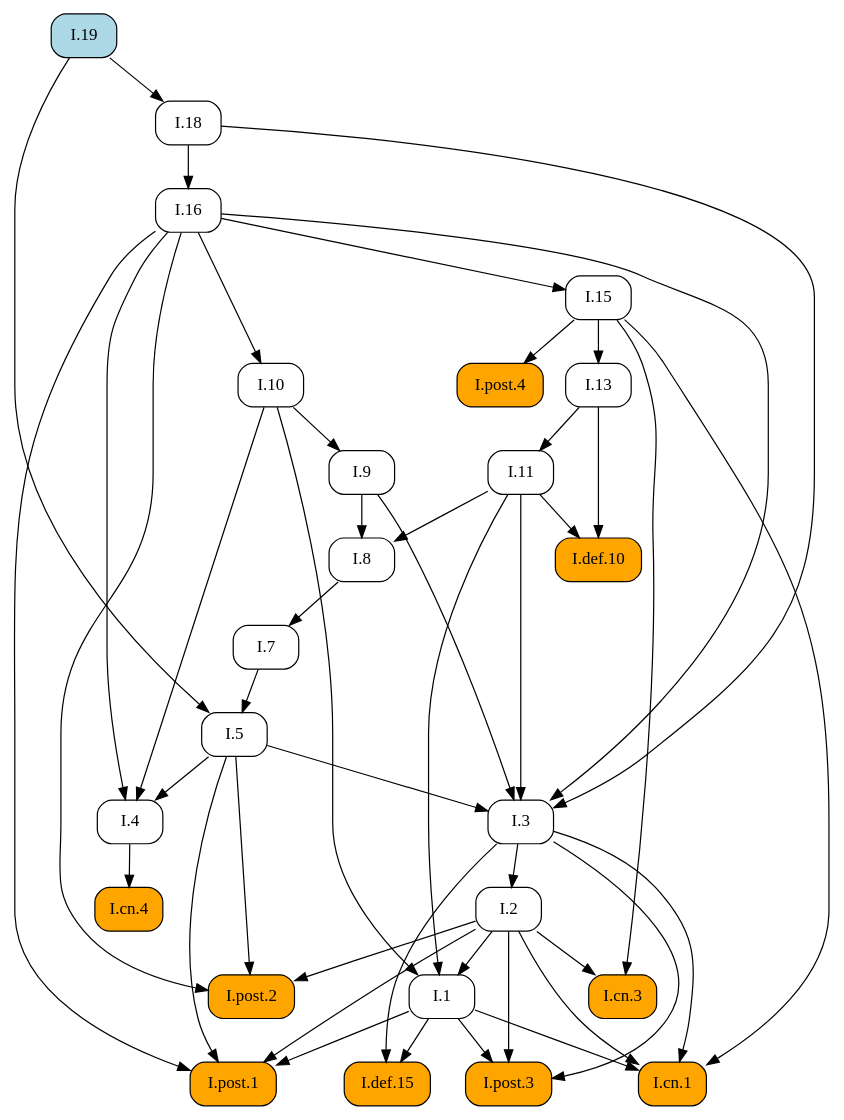
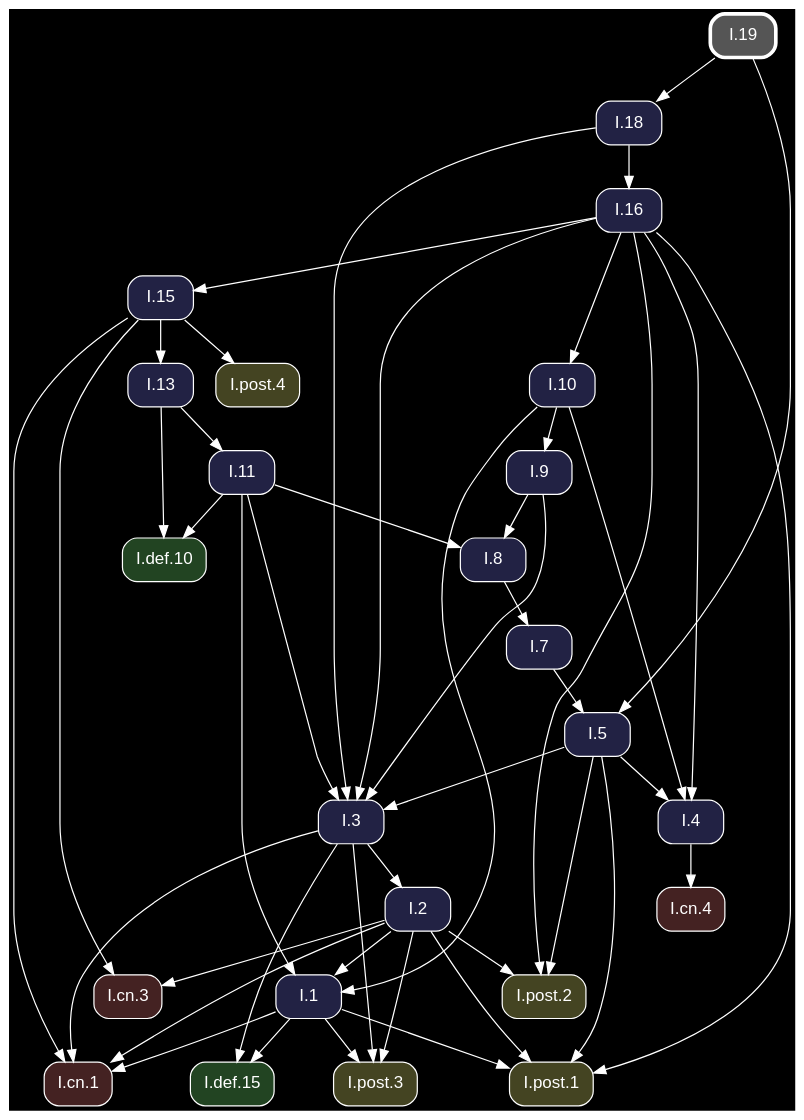
Before and after one commit to geometor/elements: the diagram in docsrc/heath/I/19/index.rst, drawn with Graphviz. The commit also changed other lines of this file and 1200 other files, not shown here.

Commit message:
update dependency graphs

```diff
--- a/docsrc/heath/I/19/index.rst
+++ b/docsrc/heath/I/19/index.rst
@@ -44,76 +44,78 @@
 .. graphviz::
 
    digraph {
+     bgcolor="black";
+     node [shape=box, style="rounded,filled", fontname="Helvetica", color="white", fontcolor="white"];
+     edge [color="white", fontcolor="white"];
      rankdir="TB";
-     node [shape=box, style=rounded];
-     "I.9" [URL="/heath/I/9/", target="_top"];
-     "I.cn.1" [style="rounded,filled", fillcolor=orange, URL="/heath/I/cn.1/", target="_top"];
-     "I.7" [URL="/heath/I/7/", target="_top"];
-     "I.2" [URL="/heath/I/2/", target="_top"];
-     "I.def.15" [style="rounded,filled", fillcolor=orange, URL="/heath/I/def.15/", target="_top"];
-     "I.13" [URL="/heath/I/13/", target="_top"];
-     "I.post.4" [style="rounded,filled", fillcolor=orange, URL="/heath/I/post.4/", target="_top"];
-     "I.4" [URL="/heath/I/4/", target="_top"];
-     "I.1" [URL="/heath/I/1/", target="_top"];
-     "I.post.3" [style="rounded,filled", fillcolor=orange, URL="/heath/I/post.3/", target="_top"];
-     "I.post.1" [style="rounded,filled", fillcolor=orange, URL="/heath/I/post.1/", target="_top"];
-     "I.5" [URL="/heath/I/5/", target="_top"];
-     "I.8" [URL="/heath/I/8/", target="_top"];
-     "I.19" [style="rounded,filled", fillcolor=lightblue, URL="/heath/I/19/", target="_top"];
-     "I.cn.3" [style="rounded,filled", fillcolor=orange, URL="/heath/I/cn.3/", target="_top"];
-     "I.16" [URL="/heath/I/16/", target="_top"];
-     "I.def.10" [style="rounded,filled", fillcolor=orange, URL="/heath/I/def.10/", target="_top"];
-     "I.18" [URL="/heath/I/18/", target="_top"];
-     "I.15" [URL="/heath/I/15/", target="_top"];
-     "I.10" [URL="/heath/I/10/", target="_top"];
-     "I.11" [URL="/heath/I/11/", target="_top"];
-     "I.cn.4" [style="rounded,filled", fillcolor=orange, URL="/heath/I/cn.4/", target="_top"];
-     "I.post.2" [style="rounded,filled", fillcolor=orange, URL="/heath/I/post.2/", target="_top"];
-     "I.3" [URL="/heath/I/3/", target="_top"];
-     "I.10" -> "I.9";
-     "I.1" -> "I.cn.1";
-     "I.2" -> "I.cn.1";
-     "I.3" -> "I.cn.1";
-     "I.15" -> "I.cn.1";
-     "I.8" -> "I.7";
-     "I.3" -> "I.2";
-     "I.1" -> "I.def.15";
-     "I.3" -> "I.def.15";
-     "I.15" -> "I.13";
-     "I.15" -> "I.post.4";
-     "I.5" -> "I.4";
-     "I.10" -> "I.4";
-     "I.16" -> "I.4";
-     "I.2" -> "I.1";
-     "I.10" -> "I.1";
-     "I.11" -> "I.1";
-     "I.1" -> "I.post.3";
-     "I.2" -> "I.post.3";
-     "I.3" -> "I.post.3";
-     "I.1" -> "I.post.1";
-     "I.2" -> "I.post.1";
-     "I.5" -> "I.post.1";
-     "I.16" -> "I.post.1";
-     "I.7" -> "I.5";
-     "I.19" -> "I.5";
-     "I.9" -> "I.8";
-     "I.11" -> "I.8";
-     "I.2" -> "I.cn.3";
-     "I.15" -> "I.cn.3";
-     "I.18" -> "I.16";
-     "I.11" -> "I.def.10";
-     "I.13" -> "I.def.10";
-     "I.19" -> "I.18";
-     "I.16" -> "I.15";
-     "I.16" -> "I.10";
-     "I.13" -> "I.11";
-     "I.4" -> "I.cn.4";
-     "I.2" -> "I.post.2";
-     "I.5" -> "I.post.2";
-     "I.16" -> "I.post.2";
+     "I.3" [fillcolor="#222244", URL="/heath/I/3/", target="_top"];
+     "I.post.1" [fillcolor="#444422", URL="/heath/I/post.1/", target="_top"];
+     "I.cn.1" [fillcolor="#442222", URL="/heath/I/cn.1/", target="_top"];
+     "I.19" [penwidth=3, color="white", fillcolor="#555555", URL="/heath/I/19/", target="_top"];
+     "I.def.10" [fillcolor="#224422", URL="/heath/I/def.10/", target="_top"];
+     "I.15" [fillcolor="#222244", URL="/heath/I/15/", target="_top"];
+     "I.11" [fillcolor="#222244", URL="/heath/I/11/", target="_top"];
+     "I.16" [fillcolor="#222244", URL="/heath/I/16/", target="_top"];
+     "I.cn.3" [fillcolor="#442222", URL="/heath/I/cn.3/", target="_top"];
+     "I.13" [fillcolor="#222244", URL="/heath/I/13/", target="_top"];
+     "I.2" [fillcolor="#222244", URL="/heath/I/2/", target="_top"];
+     "I.post.2" [fillcolor="#444422", URL="/heath/I/post.2/", target="_top"];
+     "I.cn.4" [fillcolor="#442222", URL="/heath/I/cn.4/", target="_top"];
+     "I.9" [fillcolor="#222244", URL="/heath/I/9/", target="_top"];
+     "I.1" [fillcolor="#222244", URL="/heath/I/1/", target="_top"];
+     "I.post.4" [fillcolor="#444422", URL="/heath/I/post.4/", target="_top"];
+     "I.8" [fillcolor="#222244", URL="/heath/I/8/", target="_top"];
+     "I.4" [fillcolor="#222244", URL="/heath/I/4/", target="_top"];
+     "I.post.3" [fillcolor="#444422", URL="/heath/I/post.3/", target="_top"];
+     "I.18" [fillcolor="#222244", URL="/heath/I/18/", target="_top"];
+     "I.7" [fillcolor="#222244", URL="/heath/I/7/", target="_top"];
+     "I.def.15" [fillcolor="#224422", URL="/heath/I/def.15/", target="_top"];
+     "I.5" [fillcolor="#222244", URL="/heath/I/5/", target="_top"];
+     "I.10" [fillcolor="#222244", URL="/heath/I/10/", target="_top"];
      "I.5" -> "I.3";
      "I.9" -> "I.3";
      "I.11" -> "I.3";
      "I.16" -> "I.3";
      "I.18" -> "I.3";
+     "I.1" -> "I.post.1";
+     "I.2" -> "I.post.1";
+     "I.5" -> "I.post.1";
+     "I.16" -> "I.post.1";
+     "I.1" -> "I.cn.1";
+     "I.2" -> "I.cn.1";
+     "I.3" -> "I.cn.1";
+     "I.15" -> "I.cn.1";
+     "I.11" -> "I.def.10";
+     "I.13" -> "I.def.10";
+     "I.16" -> "I.15";
+     "I.13" -> "I.11";
+     "I.18" -> "I.16";
+     "I.2" -> "I.cn.3";
+     "I.15" -> "I.cn.3";
+     "I.15" -> "I.13";
+     "I.3" -> "I.2";
+     "I.2" -> "I.post.2";
+     "I.5" -> "I.post.2";
+     "I.16" -> "I.post.2";
+     "I.4" -> "I.cn.4";
+     "I.10" -> "I.9";
+     "I.2" -> "I.1";
+     "I.10" -> "I.1";
+     "I.11" -> "I.1";
+     "I.15" -> "I.post.4";
+     "I.9" -> "I.8";
+     "I.11" -> "I.8";
+     "I.5" -> "I.4";
+     "I.10" -> "I.4";
+     "I.16" -> "I.4";
+     "I.1" -> "I.post.3";
+     "I.2" -> "I.post.3";
+     "I.3" -> "I.post.3";
+     "I.19" -> "I.18";
+     "I.8" -> "I.7";
+     "I.1" -> "I.def.15";
+     "I.3" -> "I.def.15";
+     "I.7" -> "I.5";
+     "I.19" -> "I.5";
+     "I.16" -> "I.10";
    }
```
